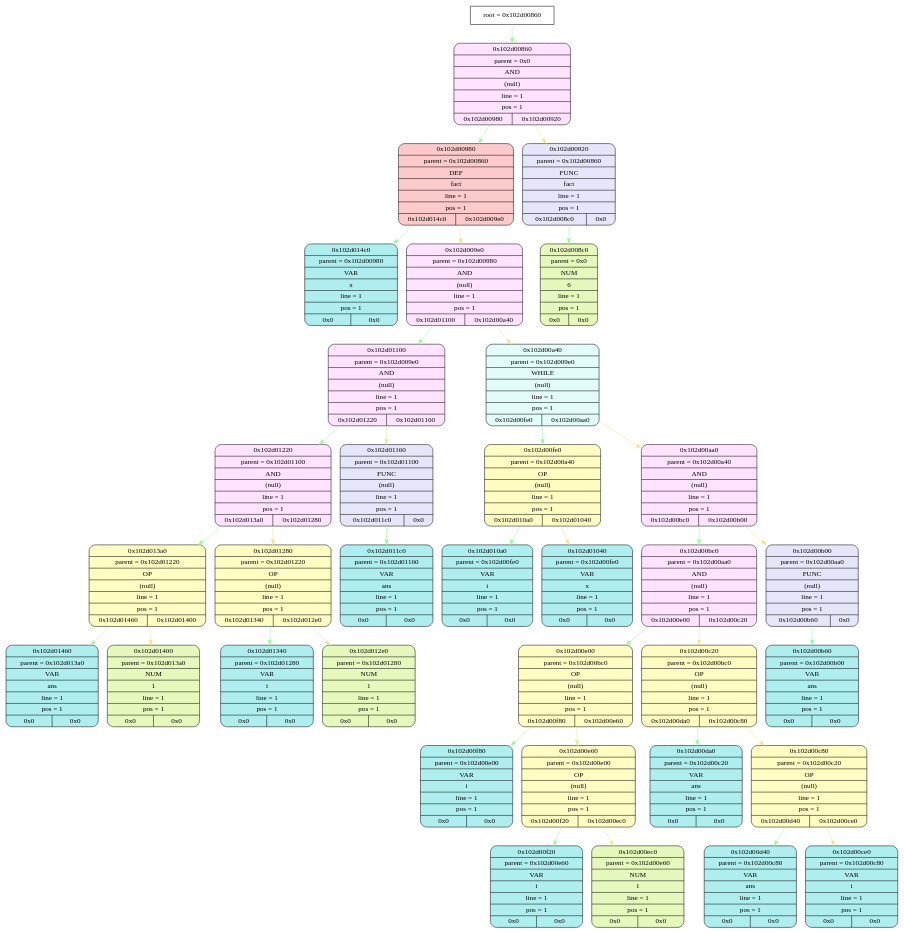
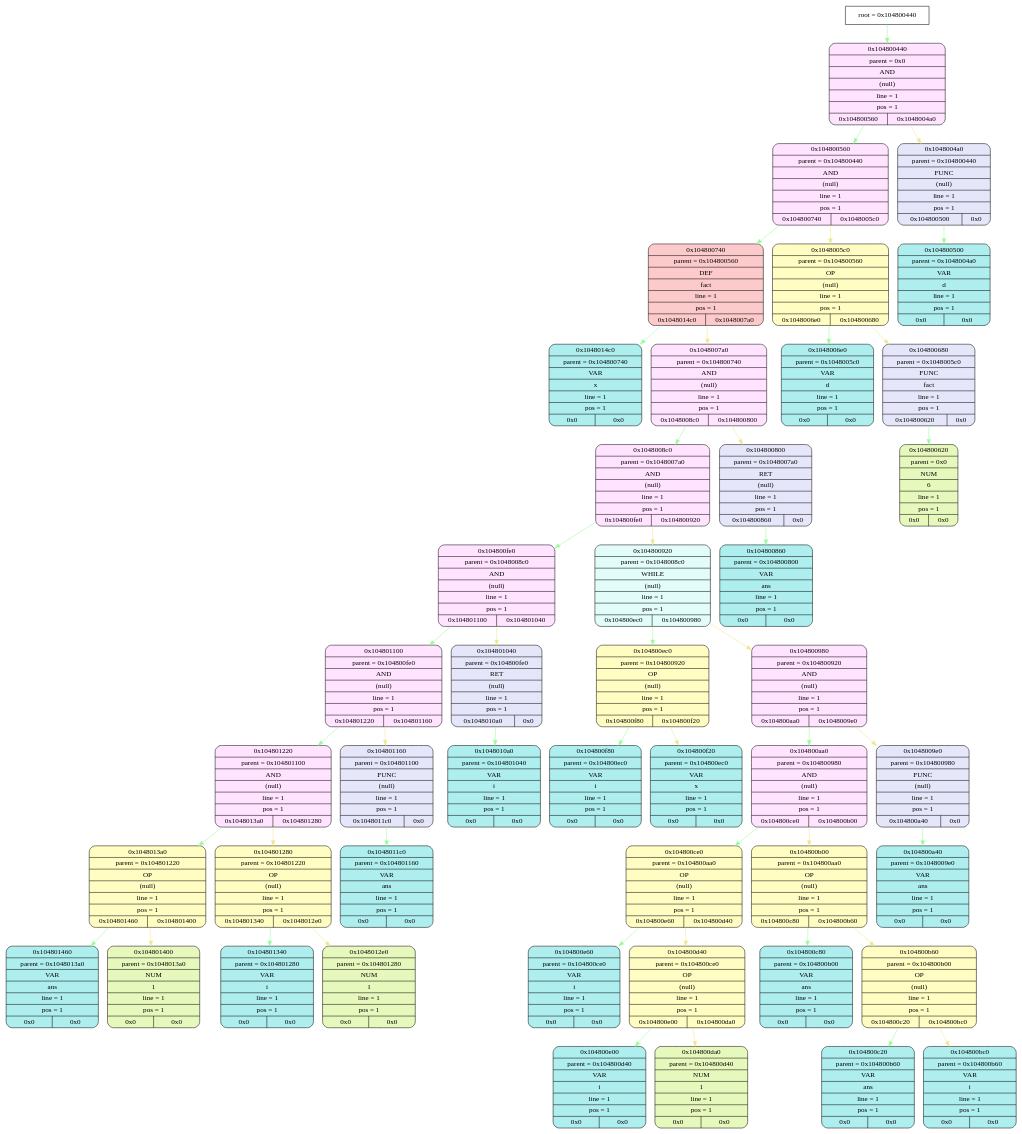
One commit to esgalimov/language changed the diagram in frontend/tmp/graphviz.dot. Above: the diagram before and after it, drawn with Graphviz. The commit also changed 19 other files, not shown here.

```diff
--- a/frontend/tmp/graphviz.dot
+++ b/frontend/tmp/graphviz.dot
@@ -1,107 +1,140 @@
 digraph
 {
-    node_info[shape = record, label = "{root = 0x102d00860}"];
+    node_info[shape = record, label = "{root = 0x104800440}"];
 
-    node_info->node_0x102d00860 [color = "#98FB98"];
-    node_0x102d00860[shape = Mrecord, label = "{{0x102d00860} | {parent =  0x0} | {AND} | {(null)} | {line = 1} | {pos = 1} | {0x102d00980 | 0x102d00920}}",
+    node_info->node_0x104800440 [color = "#98FB98"];
+    node_0x104800440[shape = Mrecord, label = "{{0x104800440} | {parent =  0x0} | {AND} | {(null)} | {line = 1} | {pos = 1} | {0x104800560 | 0x1048004a0}}",
                                         style="filled", fillcolor="#FFE3FF"];
-    node_0x102d00980[shape = Mrecord, label = "{{0x102d00980} | {parent =  0x102d00860} | {DEF} | {fact} | {line = 1} | {pos = 1} | {0x102d014c0 | 0x102d009e0}}",
+    node_0x104800560[shape = Mrecord, label = "{{0x104800560} | {parent =  0x104800440} | {AND} | {(null)} | {line = 1} | {pos = 1} | {0x104800740 | 0x1048005c0}}",
+                                        style="filled", fillcolor="#FFE3FF"];
+    node_0x104800740[shape = Mrecord, label = "{{0x104800740} | {parent =  0x104800560} | {DEF} | {fact} | {line = 1} | {pos = 1} | {0x1048014c0 | 0x1048007a0}}",
                                         style="filled", fillcolor="#FCCACA"];
-    node_0x102d014c0[shape = Mrecord, label = "{{0x102d014c0} | {parent =  0x102d00980} | {VAR} | {x} | {line = 1} | {pos = 1} | {0x0 | 0x0}}",
+    node_0x1048014c0[shape = Mrecord, label = "{{0x1048014c0} | {parent =  0x104800740} | {VAR} | {x} | {line = 1} | {pos = 1} | {0x0 | 0x0}}",
                                         style="filled", fillcolor="#AFEEEE"];
-    node_0x102d009e0[shape = Mrecord, label = "{{0x102d009e0} | {parent =  0x102d00980} | {AND} | {(null)} | {line = 1} | {pos = 1} | {0x102d01100 | 0x102d00a40}}",
+    node_0x1048007a0[shape = Mrecord, label = "{{0x1048007a0} | {parent =  0x104800740} | {AND} | {(null)} | {line = 1} | {pos = 1} | {0x1048008c0 | 0x104800800}}",
                                         style="filled", fillcolor="#FFE3FF"];
-    node_0x102d01100[shape = Mrecord, label = "{{0x102d01100} | {parent =  0x102d009e0} | {AND} | {(null)} | {line = 1} | {pos = 1} | {0x102d01220 | 0x102d01160}}",
+    node_0x1048008c0[shape = Mrecord, label = "{{0x1048008c0} | {parent =  0x1048007a0} | {AND} | {(null)} | {line = 1} | {pos = 1} | {0x104800fe0 | 0x104800920}}",
                                         style="filled", fillcolor="#FFE3FF"];
-    node_0x102d01220[shape = Mrecord, label = "{{0x102d01220} | {parent =  0x102d01100} | {AND} | {(null)} | {line = 1} | {pos = 1} | {0x102d013a0 | 0x102d01280}}",
+    node_0x104800fe0[shape = Mrecord, label = "{{0x104800fe0} | {parent =  0x1048008c0} | {AND} | {(null)} | {line = 1} | {pos = 1} | {0x104801100 | 0x104801040}}",
                                         style="filled", fillcolor="#FFE3FF"];
-    node_0x102d013a0[shape = Mrecord, label = "{{0x102d013a0} | {parent =  0x102d01220} | {OP} | {(null)} | {line = 1} | {pos = 1} | {0x102d01460 | 0x102d01400}}",
+    node_0x104801100[shape = Mrecord, label = "{{0x104801100} | {parent =  0x104800fe0} | {AND} | {(null)} | {line = 1} | {pos = 1} | {0x104801220 | 0x104801160}}",
+                                        style="filled", fillcolor="#FFE3FF"];
+    node_0x104801220[shape = Mrecord, label = "{{0x104801220} | {parent =  0x104801100} | {AND} | {(null)} | {line = 1} | {pos = 1} | {0x1048013a0 | 0x104801280}}",
+                                        style="filled", fillcolor="#FFE3FF"];
+    node_0x1048013a0[shape = Mrecord, label = "{{0x1048013a0} | {parent =  0x104801220} | {OP} | {(null)} | {line = 1} | {pos = 1} | {0x104801460 | 0x104801400}}",
                                         style="filled", fillcolor="#FFFDC2"];
-    node_0x102d01460[shape = Mrecord, label = "{{0x102d01460} | {parent =  0x102d013a0} | {VAR} | {ans} | {line = 1} | {pos = 1} | {0x0 | 0x0}}",
+    node_0x104801460[shape = Mrecord, label = "{{0x104801460} | {parent =  0x1048013a0} | {VAR} | {ans} | {line = 1} | {pos = 1} | {0x0 | 0x0}}",
                                         style="filled", fillcolor="#AFEEEE"];
-    node_0x102d01400[shape = Mrecord, label = "{{0x102d01400} | {parent =  0x102d013a0} | {NUM} | {1} | {line = 1} | {pos = 1} | {0x0 | 0x0}}",
+    node_0x104801400[shape = Mrecord, label = "{{0x104801400} | {parent =  0x1048013a0} | {NUM} | {1} | {line = 1} | {pos = 1} | {0x0 | 0x0}}",
                 style="filled", fillcolor="#E7F8BC"];
-    node_0x102d01280[shape = Mrecord, label = "{{0x102d01280} | {parent =  0x102d01220} | {OP} | {(null)} | {line = 1} | {pos = 1} | {0x102d01340 | 0x102d012e0}}",
+    node_0x104801280[shape = Mrecord, label = "{{0x104801280} | {parent =  0x104801220} | {OP} | {(null)} | {line = 1} | {pos = 1} | {0x104801340 | 0x1048012e0}}",
                                         style="filled", fillcolor="#FFFDC2"];
-    node_0x102d01340[shape = Mrecord, label = "{{0x102d01340} | {parent =  0x102d01280} | {VAR} | {i} | {line = 1} | {pos = 1} | {0x0 | 0x0}}",
+    node_0x104801340[shape = Mrecord, label = "{{0x104801340} | {parent =  0x104801280} | {VAR} | {i} | {line = 1} | {pos = 1} | {0x0 | 0x0}}",
                                         style="filled", fillcolor="#AFEEEE"];
-    node_0x102d012e0[shape = Mrecord, label = "{{0x102d012e0} | {parent =  0x102d01280} | {NUM} | {1} | {line = 1} | {pos = 1} | {0x0 | 0x0}}",
+    node_0x1048012e0[shape = Mrecord, label = "{{0x1048012e0} | {parent =  0x104801280} | {NUM} | {1} | {line = 1} | {pos = 1} | {0x0 | 0x0}}",
                 style="filled", fillcolor="#E7F8BC"];
-    node_0x102d01160[shape = Mrecord, label = "{{0x102d01160} | {parent =  0x102d01100} | {FUNC} | {(null)} | {line = 1} | {pos = 1} | {0x102d011c0 | 0x0}}",
+    node_0x104801160[shape = Mrecord, label = "{{0x104801160} | {parent =  0x104801100} | {FUNC} | {(null)} | {line = 1} | {pos = 1} | {0x1048011c0 | 0x0}}",
                                         style="filled", fillcolor="#E6E6FA"];
-    node_0x102d011c0[shape = Mrecord, label = "{{0x102d011c0} | {parent =  0x102d01160} | {VAR} | {ans} | {line = 1} | {pos = 1} | {0x0 | 0x0}}",
+    node_0x1048011c0[shape = Mrecord, label = "{{0x1048011c0} | {parent =  0x104801160} | {VAR} | {ans} | {line = 1} | {pos = 1} | {0x0 | 0x0}}",
                                         style="filled", fillcolor="#AFEEEE"];
-    node_0x102d00a40[shape = Mrecord, label = "{{0x102d00a40} | {parent =  0x102d009e0} | {WHILE} | {(null)} | {line = 1} | {pos = 1} | {0x102d00fe0 | 0x102d00aa0}}",
+    node_0x104801040[shape = Mrecord, label = "{{0x104801040} | {parent =  0x104800fe0} | {RET} | {(null)} | {line = 1} | {pos = 1} | {0x1048010a0 | 0x0}}",
+                                        style="filled", fillcolor="#E6E6FA"];
+    node_0x1048010a0[shape = Mrecord, label = "{{0x1048010a0} | {parent =  0x104801040} | {VAR} | {i} | {line = 1} | {pos = 1} | {0x0 | 0x0}}",
+                                        style="filled", fillcolor="#AFEEEE"];
+    node_0x104800920[shape = Mrecord, label = "{{0x104800920} | {parent =  0x1048008c0} | {WHILE} | {(null)} | {line = 1} | {pos = 1} | {0x104800ec0 | 0x104800980}}",
                                         style="filled", fillcolor="#E1FCF9"];
-    node_0x102d00fe0[shape = Mrecord, label = "{{0x102d00fe0} | {parent =  0x102d00a40} | {OP} | {(null)} | {line = 1} | {pos = 1} | {0x102d010a0 | 0x102d01040}}",
+    node_0x104800ec0[shape = Mrecord, label = "{{0x104800ec0} | {parent =  0x104800920} | {OP} | {(null)} | {line = 1} | {pos = 1} | {0x104800f80 | 0x104800f20}}",
                                         style="filled", fillcolor="#FFFDC2"];
-    node_0x102d010a0[shape = Mrecord, label = "{{0x102d010a0} | {parent =  0x102d00fe0} | {VAR} | {i} | {line = 1} | {pos = 1} | {0x0 | 0x0}}",
+    node_0x104800f80[shape = Mrecord, label = "{{0x104800f80} | {parent =  0x104800ec0} | {VAR} | {i} | {line = 1} | {pos = 1} | {0x0 | 0x0}}",
                                         style="filled", fillcolor="#AFEEEE"];
-    node_0x102d01040[shape = Mrecord, label = "{{0x102d01040} | {parent =  0x102d00fe0} | {VAR} | {x} | {line = 1} | {pos = 1} | {0x0 | 0x0}}",
+    node_0x104800f20[shape = Mrecord, label = "{{0x104800f20} | {parent =  0x104800ec0} | {VAR} | {x} | {line = 1} | {pos = 1} | {0x0 | 0x0}}",
                                         style="filled", fillcolor="#AFEEEE"];
-    node_0x102d00aa0[shape = Mrecord, label = "{{0x102d00aa0} | {parent =  0x102d00a40} | {AND} | {(null)} | {line = 1} | {pos = 1} | {0x102d00bc0 | 0x102d00b00}}",
+    node_0x104800980[shape = Mrecord, label = "{{0x104800980} | {parent =  0x104800920} | {AND} | {(null)} | {line = 1} | {pos = 1} | {0x104800aa0 | 0x1048009e0}}",
                                         style="filled", fillcolor="#FFE3FF"];
-    node_0x102d00bc0[shape = Mrecord, label = "{{0x102d00bc0} | {parent =  0x102d00aa0} | {AND} | {(null)} | {line = 1} | {pos = 1} | {0x102d00e00 | 0x102d00c20}}",
+    node_0x104800aa0[shape = Mrecord, label = "{{0x104800aa0} | {parent =  0x104800980} | {AND} | {(null)} | {line = 1} | {pos = 1} | {0x104800ce0 | 0x104800b00}}",
                                         style="filled", fillcolor="#FFE3FF"];
-    node_0x102d00e00[shape = Mrecord, label = "{{0x102d00e00} | {parent =  0x102d00bc0} | {OP} | {(null)} | {line = 1} | {pos = 1} | {0x102d00f80 | 0x102d00e60}}",
+    node_0x104800ce0[shape = Mrecord, label = "{{0x104800ce0} | {parent =  0x104800aa0} | {OP} | {(null)} | {line = 1} | {pos = 1} | {0x104800e60 | 0x104800d40}}",
                                         style="filled", fillcolor="#FFFDC2"];
-    node_0x102d00f80[shape = Mrecord, label = "{{0x102d00f80} | {parent =  0x102d00e00} | {VAR} | {i} | {line = 1} | {pos = 1} | {0x0 | 0x0}}",
+    node_0x104800e60[shape = Mrecord, label = "{{0x104800e60} | {parent =  0x104800ce0} | {VAR} | {i} | {line = 1} | {pos = 1} | {0x0 | 0x0}}",
                                         style="filled", fillcolor="#AFEEEE"];
-    node_0x102d00e60[shape = Mrecord, label = "{{0x102d00e60} | {parent =  0x102d00e00} | {OP} | {(null)} | {line = 1} | {pos = 1} | {0x102d00f20 | 0x102d00ec0}}",
+    node_0x104800d40[shape = Mrecord, label = "{{0x104800d40} | {parent =  0x104800ce0} | {OP} | {(null)} | {line = 1} | {pos = 1} | {0x104800e00 | 0x104800da0}}",
                                         style="filled", fillcolor="#FFFDC2"];
-    node_0x102d00f20[shape = Mrecord, label = "{{0x102d00f20} | {parent =  0x102d00e60} | {VAR} | {i} | {line = 1} | {pos = 1} | {0x0 | 0x0}}",
+    node_0x104800e00[shape = Mrecord, label = "{{0x104800e00} | {parent =  0x104800d40} | {VAR} | {i} | {line = 1} | {pos = 1} | {0x0 | 0x0}}",
                                         style="filled", fillcolor="#AFEEEE"];
-    node_0x102d00ec0[shape = Mrecord, label = "{{0x102d00ec0} | {parent =  0x102d00e60} | {NUM} | {1} | {line = 1} | {pos = 1} | {0x0 | 0x0}}",
+    node_0x104800da0[shape = Mrecord, label = "{{0x104800da0} | {parent =  0x104800d40} | {NUM} | {1} | {line = 1} | {pos = 1} | {0x0 | 0x0}}",
                 style="filled", fillcolor="#E7F8BC"];
-    node_0x102d00c20[shape = Mrecord, label = "{{0x102d00c20} | {parent =  0x102d00bc0} | {OP} | {(null)} | {line = 1} | {pos = 1} | {0x102d00da0 | 0x102d00c80}}",
+    node_0x104800b00[shape = Mrecord, label = "{{0x104800b00} | {parent =  0x104800aa0} | {OP} | {(null)} | {line = 1} | {pos = 1} | {0x104800c80 | 0x104800b60}}",
                                         style="filled", fillcolor="#FFFDC2"];
-    node_0x102d00da0[shape = Mrecord, label = "{{0x102d00da0} | {parent =  0x102d00c20} | {VAR} | {ans} | {line = 1} | {pos = 1} | {0x0 | 0x0}}",
+    node_0x104800c80[shape = Mrecord, label = "{{0x104800c80} | {parent =  0x104800b00} | {VAR} | {ans} | {line = 1} | {pos = 1} | {0x0 | 0x0}}",
                                         style="filled", fillcolor="#AFEEEE"];
-    node_0x102d00c80[shape = Mrecord, label = "{{0x102d00c80} | {parent =  0x102d00c20} | {OP} | {(null)} | {line = 1} | {pos = 1} | {0x102d00d40 | 0x102d00ce0}}",
+    node_0x104800b60[shape = Mrecord, label = "{{0x104800b60} | {parent =  0x104800b00} | {OP} | {(null)} | {line = 1} | {pos = 1} | {0x104800c20 | 0x104800bc0}}",
                                         style="filled", fillcolor="#FFFDC2"];
-    node_0x102d00d40[shape = Mrecord, label = "{{0x102d00d40} | {parent =  0x102d00c80} | {VAR} | {ans} | {line = 1} | {pos = 1} | {0x0 | 0x0}}",
+    node_0x104800c20[shape = Mrecord, label = "{{0x104800c20} | {parent =  0x104800b60} | {VAR} | {ans} | {line = 1} | {pos = 1} | {0x0 | 0x0}}",
                                         style="filled", fillcolor="#AFEEEE"];
-    node_0x102d00ce0[shape = Mrecord, label = "{{0x102d00ce0} | {parent =  0x102d00c80} | {VAR} | {i} | {line = 1} | {pos = 1} | {0x0 | 0x0}}",
+    node_0x104800bc0[shape = Mrecord, label = "{{0x104800bc0} | {parent =  0x104800b60} | {VAR} | {i} | {line = 1} | {pos = 1} | {0x0 | 0x0}}",
                                         style="filled", fillcolor="#AFEEEE"];
-    node_0x102d00b00[shape = Mrecord, label = "{{0x102d00b00} | {parent =  0x102d00aa0} | {FUNC} | {(null)} | {line = 1} | {pos = 1} | {0x102d00b60 | 0x0}}",
+    node_0x1048009e0[shape = Mrecord, label = "{{0x1048009e0} | {parent =  0x104800980} | {FUNC} | {(null)} | {line = 1} | {pos = 1} | {0x104800a40 | 0x0}}",
                                         style="filled", fillcolor="#E6E6FA"];
-    node_0x102d00b60[shape = Mrecord, label = "{{0x102d00b60} | {parent =  0x102d00b00} | {VAR} | {ans} | {line = 1} | {pos = 1} | {0x0 | 0x0}}",
+    node_0x104800a40[shape = Mrecord, label = "{{0x104800a40} | {parent =  0x1048009e0} | {VAR} | {ans} | {line = 1} | {pos = 1} | {0x0 | 0x0}}",
                                         style="filled", fillcolor="#AFEEEE"];
-    node_0x102d00920[shape = Mrecord, label = "{{0x102d00920} | {parent =  0x102d00860} | {FUNC} | {fact} | {line = 1} | {pos = 1} | {0x102d008c0 | 0x0}}",
+    node_0x104800800[shape = Mrecord, label = "{{0x104800800} | {parent =  0x1048007a0} | {RET} | {(null)} | {line = 1} | {pos = 1} | {0x104800860 | 0x0}}",
                                         style="filled", fillcolor="#E6E6FA"];
-    node_0x102d008c0[shape = Mrecord, label = "{{0x102d008c0} | {parent =  0x0} | {NUM} | {6} | {line = 1} | {pos = 1} | {0x0 | 0x0}}",
+    node_0x104800860[shape = Mrecord, label = "{{0x104800860} | {parent =  0x104800800} | {VAR} | {ans} | {line = 1} | {pos = 1} | {0x0 | 0x0}}",
+                                        style="filled", fillcolor="#AFEEEE"];
+    node_0x1048005c0[shape = Mrecord, label = "{{0x1048005c0} | {parent =  0x104800560} | {OP} | {(null)} | {line = 1} | {pos = 1} | {0x1048006e0 | 0x104800680}}",
+                                        style="filled", fillcolor="#FFFDC2"];
+    node_0x1048006e0[shape = Mrecord, label = "{{0x1048006e0} | {parent =  0x1048005c0} | {VAR} | {d} | {line = 1} | {pos = 1} | {0x0 | 0x0}}",
+                                        style="filled", fillcolor="#AFEEEE"];
+    node_0x104800680[shape = Mrecord, label = "{{0x104800680} | {parent =  0x1048005c0} | {FUNC} | {fact} | {line = 1} | {pos = 1} | {0x104800620 | 0x0}}",
+                                        style="filled", fillcolor="#E6E6FA"];
+    node_0x104800620[shape = Mrecord, label = "{{0x104800620} | {parent =  0x0} | {NUM} | {6} | {line = 1} | {pos = 1} | {0x0 | 0x0}}",
                 style="filled", fillcolor="#E7F8BC"];
-    node_0x102d00860->node_0x102d00980 [color = "#98FB98"];
-    node_0x102d00980->node_0x102d014c0 [color = "#98FB98"];
-    node_0x102d00980->node_0x102d009e0 [color = "#F0E68C"];
-    node_0x102d009e0->node_0x102d01100 [color = "#98FB98"];
-    node_0x102d01100->node_0x102d01220 [color = "#98FB98"];
-    node_0x102d01220->node_0x102d013a0 [color = "#98FB98"];
-    node_0x102d013a0->node_0x102d01460 [color = "#98FB98"];
-    node_0x102d013a0->node_0x102d01400 [color = "#F0E68C"];
-    node_0x102d01220->node_0x102d01280 [color = "#F0E68C"];
-    node_0x102d01280->node_0x102d01340 [color = "#98FB98"];
-    node_0x102d01280->node_0x102d012e0 [color = "#F0E68C"];
-    node_0x102d01100->node_0x102d01160 [color = "#F0E68C"];
-    node_0x102d01160->node_0x102d011c0 [color = "#98FB98"];
-    node_0x102d009e0->node_0x102d00a40 [color = "#F0E68C"];
-    node_0x102d00a40->node_0x102d00fe0 [color = "#98FB98"];
-    node_0x102d00fe0->node_0x102d010a0 [color = "#98FB98"];
-    node_0x102d00fe0->node_0x102d01040 [color = "#F0E68C"];
-    node_0x102d00a40->node_0x102d00aa0 [color = "#F0E68C"];
-    node_0x102d00aa0->node_0x102d00bc0 [color = "#98FB98"];
-    node_0x102d00bc0->node_0x102d00e00 [color = "#98FB98"];
-    node_0x102d00e00->node_0x102d00f80 [color = "#98FB98"];
-    node_0x102d00e00->node_0x102d00e60 [color = "#F0E68C"];
-    node_0x102d00e60->node_0x102d00f20 [color = "#98FB98"];
-    node_0x102d00e60->node_0x102d00ec0 [color = "#F0E68C"];
-    node_0x102d00bc0->node_0x102d00c20 [color = "#F0E68C"];
-    node_0x102d00c20->node_0x102d00da0 [color = "#98FB98"];
-    node_0x102d00c20->node_0x102d00c80 [color = "#F0E68C"];
-    node_0x102d00c80->node_0x102d00d40 [color = "#98FB98"];
-    node_0x102d00c80->node_0x102d00ce0 [color = "#F0E68C"];
-    node_0x102d00aa0->node_0x102d00b00 [color = "#F0E68C"];
-    node_0x102d00b00->node_0x102d00b60 [color = "#98FB98"];
-    node_0x102d00860->node_0x102d00920 [color = "#F0E68C"];
-    node_0x102d00920->node_0x102d008c0 [color = "#98FB98"];
+    node_0x1048004a0[shape = Mrecord, label = "{{0x1048004a0} | {parent =  0x104800440} | {FUNC} | {(null)} | {line = 1} | {pos = 1} | {0x104800500 | 0x0}}",
+                                        style="filled", fillcolor="#E6E6FA"];
+    node_0x104800500[shape = Mrecord, label = "{{0x104800500} | {parent =  0x1048004a0} | {VAR} | {d} | {line = 1} | {pos = 1} | {0x0 | 0x0}}",
+                                        style="filled", fillcolor="#AFEEEE"];
+    node_0x104800440->node_0x104800560 [color = "#98FB98"];
+    node_0x104800560->node_0x104800740 [color = "#98FB98"];
+    node_0x104800740->node_0x1048014c0 [color = "#98FB98"];
+    node_0x104800740->node_0x1048007a0 [color = "#F0E68C"];
+    node_0x1048007a0->node_0x1048008c0 [color = "#98FB98"];
+    node_0x1048008c0->node_0x104800fe0 [color = "#98FB98"];
+    node_0x104800fe0->node_0x104801100 [color = "#98FB98"];
+    node_0x104801100->node_0x104801220 [color = "#98FB98"];
+    node_0x104801220->node_0x1048013a0 [color = "#98FB98"];
+    node_0x1048013a0->node_0x104801460 [color = "#98FB98"];
+    node_0x1048013a0->node_0x104801400 [color = "#F0E68C"];
+    node_0x104801220->node_0x104801280 [color = "#F0E68C"];
+    node_0x104801280->node_0x104801340 [color = "#98FB98"];
+    node_0x104801280->node_0x1048012e0 [color = "#F0E68C"];
+    node_0x104801100->node_0x104801160 [color = "#F0E68C"];
+    node_0x104801160->node_0x1048011c0 [color = "#98FB98"];
+    node_0x104800fe0->node_0x104801040 [color = "#F0E68C"];
+    node_0x104801040->node_0x1048010a0 [color = "#98FB98"];
+    node_0x1048008c0->node_0x104800920 [color = "#F0E68C"];
+    node_0x104800920->node_0x104800ec0 [color = "#98FB98"];
+    node_0x104800ec0->node_0x104800f80 [color = "#98FB98"];
+    node_0x104800ec0->node_0x104800f20 [color = "#F0E68C"];
+    node_0x104800920->node_0x104800980 [color = "#F0E68C"];
+    node_0x104800980->node_0x104800aa0 [color = "#98FB98"];
+    node_0x104800aa0->node_0x104800ce0 [color = "#98FB98"];
+    node_0x104800ce0->node_0x104800e60 [color = "#98FB98"];
+    node_0x104800ce0->node_0x104800d40 [color = "#F0E68C"];
+    node_0x104800d40->node_0x104800e00 [color = "#98FB98"];
+    node_0x104800d40->node_0x104800da0 [color = "#F0E68C"];
+    node_0x104800aa0->node_0x104800b00 [color = "#F0E68C"];
+    node_0x104800b00->node_0x104800c80 [color = "#98FB98"];
+    node_0x104800b00->node_0x104800b60 [color = "#F0E68C"];
+    node_0x104800b60->node_0x104800c20 [color = "#98FB98"];
+    node_0x104800b60->node_0x104800bc0 [color = "#F0E68C"];
+    node_0x104800980->node_0x1048009e0 [color = "#F0E68C"];
+    node_0x1048009e0->node_0x104800a40 [color = "#98FB98"];
+    node_0x1048007a0->node_0x104800800 [color = "#F0E68C"];
+    node_0x104800800->node_0x104800860 [color = "#98FB98"];
+    node_0x104800560->node_0x1048005c0 [color = "#F0E68C"];
+    node_0x1048005c0->node_0x1048006e0 [color = "#98FB98"];
+    node_0x1048005c0->node_0x104800680 [color = "#F0E68C"];
+    node_0x104800680->node_0x104800620 [color = "#98FB98"];
+    node_0x104800440->node_0x1048004a0 [color = "#F0E68C"];
+    node_0x1048004a0->node_0x104800500 [color = "#98FB98"];
 }
```
